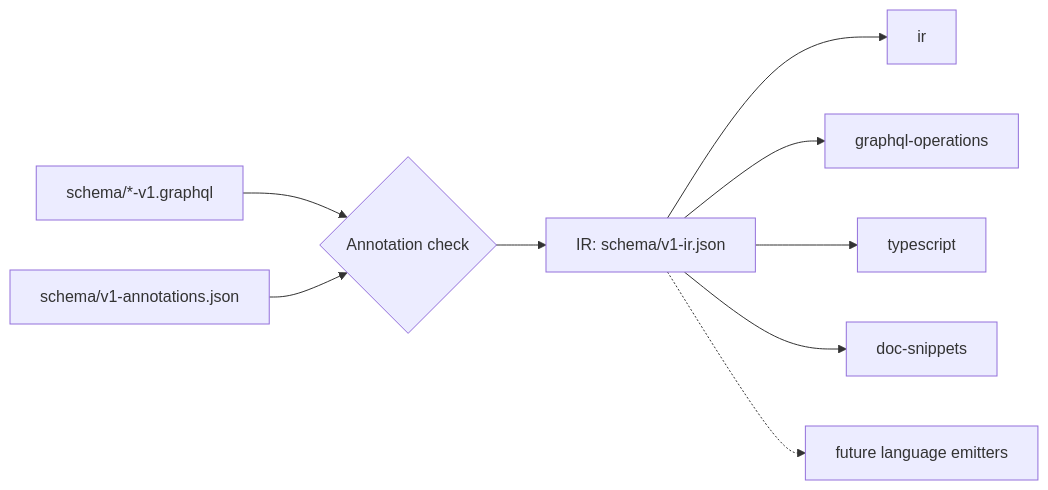
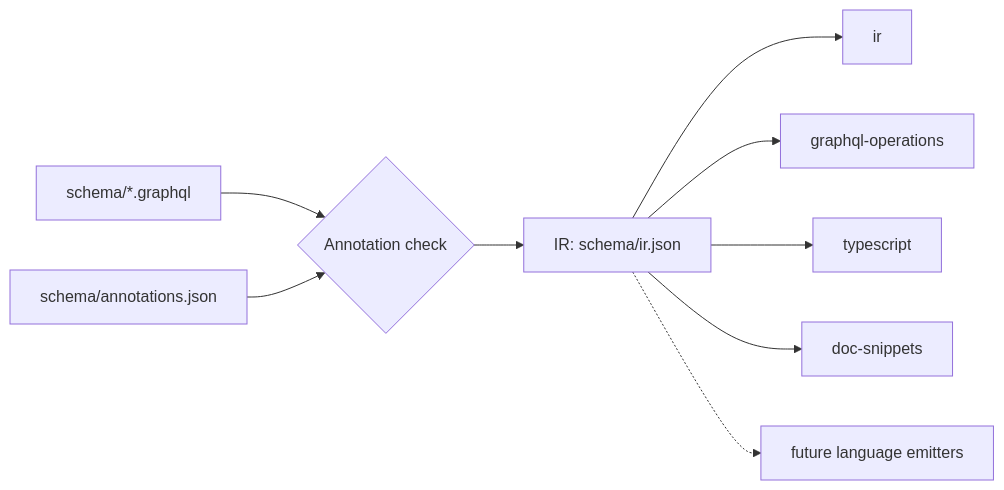
The diagram in docs/sdk-generation.md (ConvoHop/sdks), drawn with Mermaid before and after one commit. The commit also changed other lines of this file and 165 other files, not shown here.

````diff
--- a/docs/sdk-generation.md
+++ b/docs/sdk-generation.md
@@ -9,11 +9,11 @@
 ```mermaid
 flowchart LR
-  S["schema/*-v1.graphql"] --> C{"Annotation check"}
-  A["schema/v1-annotations.json"] --> C
-  C --> I["IR: schema/v1-ir.json"]
+  S["schema/*.graphql"] --> C{"Annotation check"}
+  A["schema/annotations.json"] --> C
+  C --> I["IR: schema/ir.json"]
   I --> E1["ir"]
   I --> E2["graphql-operations"]
   I --> E3["typescript"]
   I --> E4["doc-snippets"]
   I -.-> E5["future language emitters"]
 ```
````
